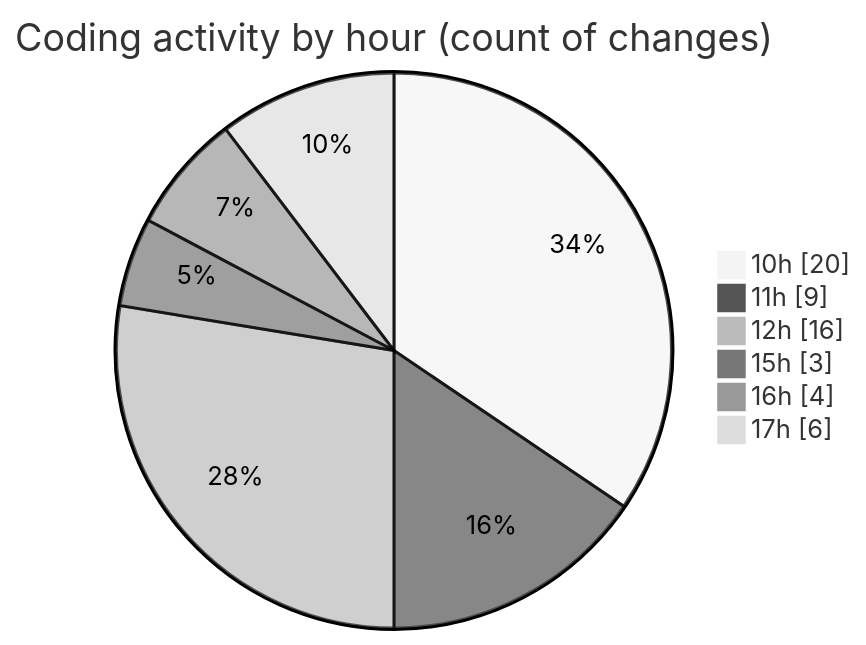
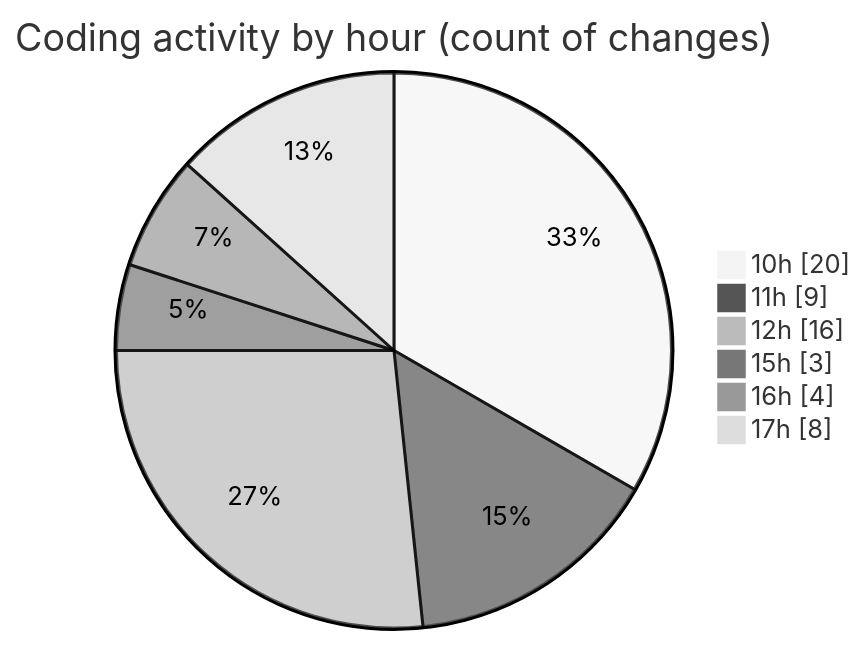
One commit to nxtqubesakshisongat/code-tracking changed the second of 2 diagrams in 2026-02-20/nxtqube_webapp/README.md. Above: the diagram before and after it, drawn with Mermaid (neutral theme). The commit also changed other lines of this file and 1 other file, not shown here.

````diff
--- a/2026-02-20/nxtqube_webapp/README.md
+++ b/2026-02-20/nxtqube_webapp/README.md
@@ -41,10 +41,10 @@
 ```mermaid
 pie showData
 title Coding activity by hour (count of changes)
 "10h" : 20
 "11h" : 9
 "12h" : 16
 "15h" : 3
 "16h" : 4
-"17h" : 6
+"17h" : 8
 ```
````
